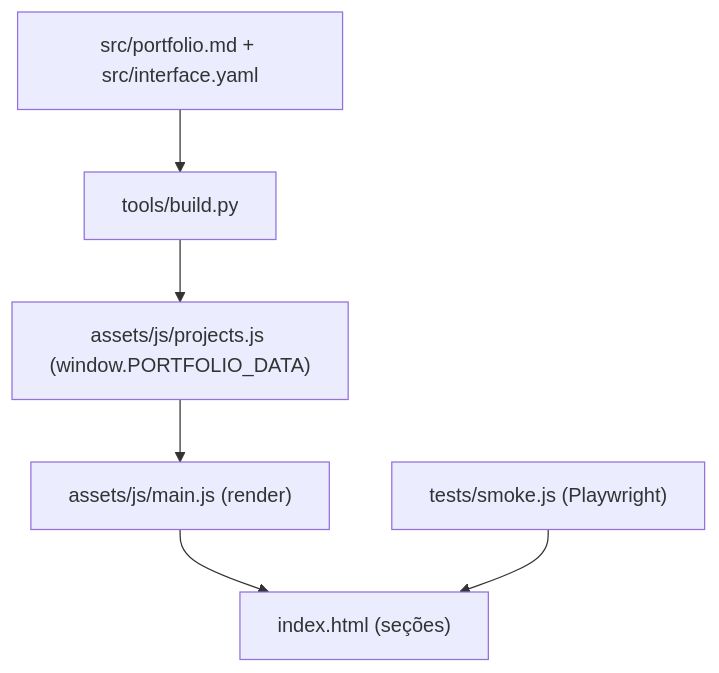
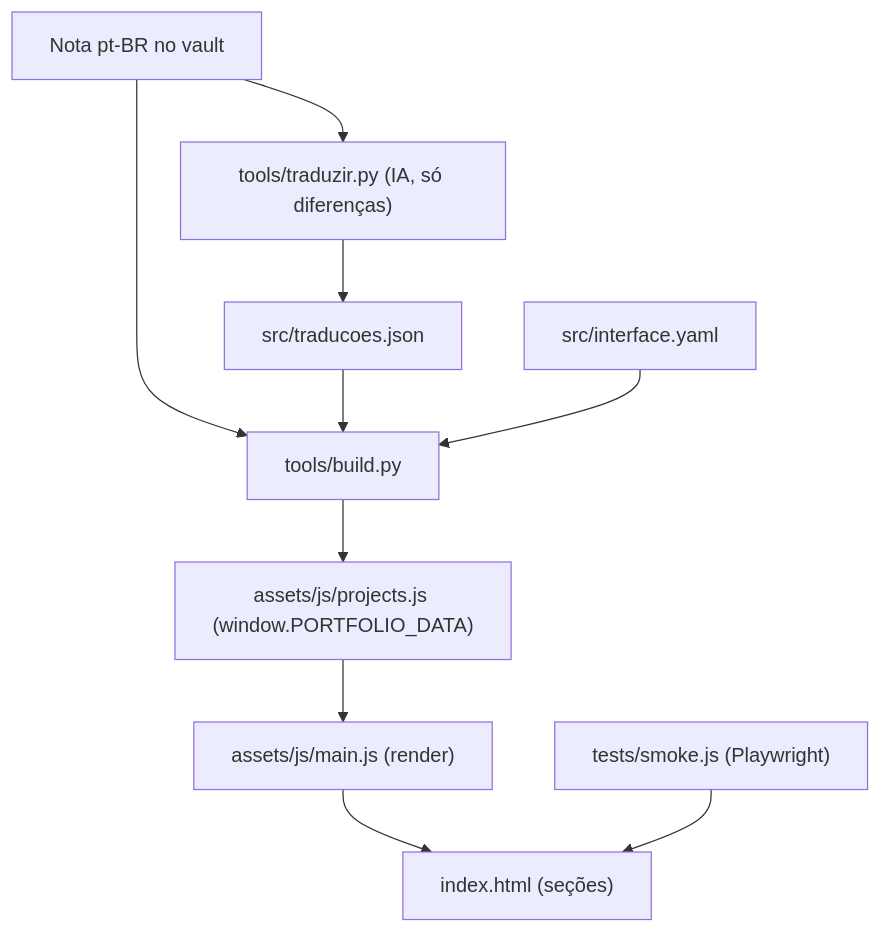
One commit to pedroiff0/portfolio changed the diagram in DESIGN.md. Above: the diagram before and after it, drawn with Mermaid. The commit also changed other lines of this file and 18 other files, not shown here.

````diff
--- a/DESIGN.md
+++ b/DESIGN.md
@@ -5,8 +5,12 @@
 ```mermaid
 graph TD
-    MD["src/portfolio.md + src/interface.yaml"] --> Build["tools/build.py"]
+    Vault["Nota pt-BR no vault"] --> Trad["tools/traduzir.py (IA, só diferenças)"]
+    Trad --> TJ["src/traducoes.json"]
+    Vault --> Build["tools/build.py"]
+    TJ --> Build
+    YAML["src/interface.yaml"] --> Build
     Build --> Data["assets/js/projects.js (window.PORTFOLIO_DATA)"]
     Data --> Main["assets/js/main.js (render)"]
     Main --> Index["index.html (seções)"]
     Tests["tests/smoke.js (Playwright)"] --> Index
 ```
````
